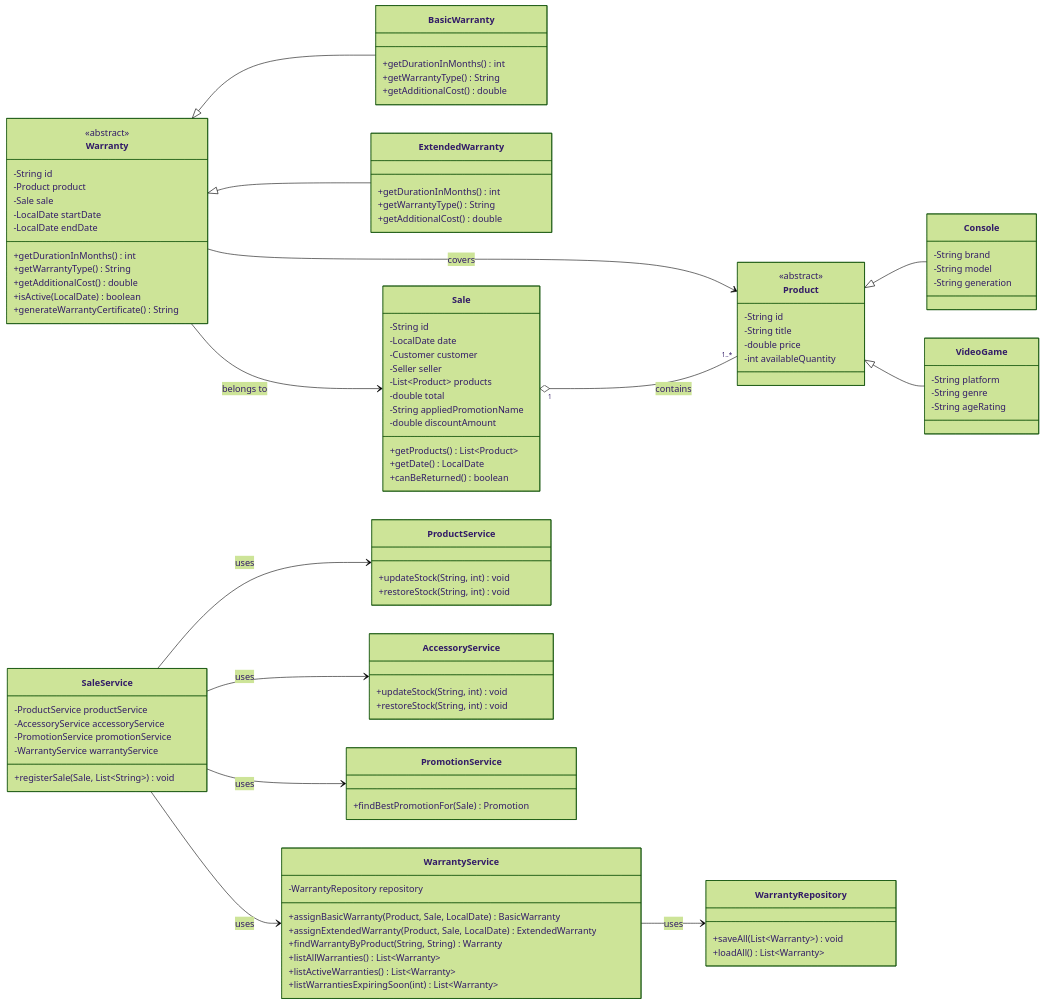
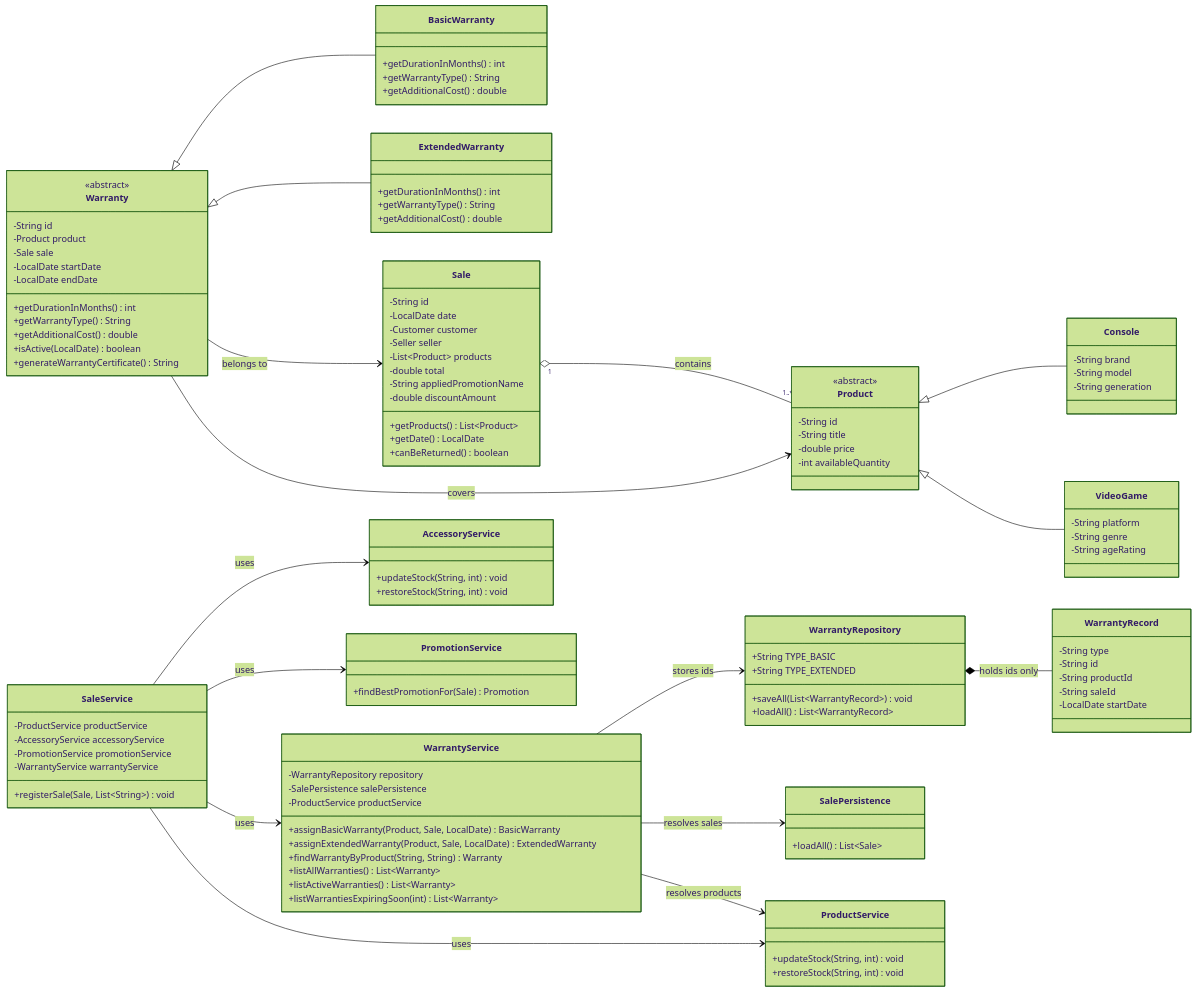
One commit to EsrauAnonimo/GameZoneUnicesar changed the diagram in docs/warranty-class-diagram.md. Above: the diagram before and after it, drawn with Mermaid (forest theme).

````diff
--- a/docs/warranty-class-diagram.md
+++ b/docs/warranty-class-diagram.md
@@ -63,12 +63,28 @@
     }
 
     class WarrantyRepository {
-        +saveAll(List~Warranty~) void
-        +loadAll() List~Warranty~
+        +String TYPE_BASIC
+        +String TYPE_EXTENDED
+        +saveAll(List~WarrantyRecord~) void
+        +loadAll() List~WarrantyRecord~
+    }
+
+    class WarrantyRecord {
+        -String type
+        -String id
+        -String productId
+        -String saleId
+        -LocalDate startDate
+    }
+
+    class SalePersistence {
+        +loadAll() List~Sale~
     }
 
     class WarrantyService {
         -WarrantyRepository repository
+        -SalePersistence salePersistence
+        -ProductService productService
         +assignBasicWarranty(Product, Sale, LocalDate) BasicWarranty
         +assignExtendedWarranty(Product, Sale, LocalDate) ExtendedWarranty
         +findWarrantyByProduct(String, String) Warranty
@@ -115,5 +131,8 @@
     SaleService --> PromotionService : uses
     SaleService --> WarrantyService : uses
 
-    WarrantyService --> WarrantyRepository : uses
+    WarrantyService --> WarrantyRepository : stores ids
+    WarrantyService --> SalePersistence : resolves sales
+    WarrantyService --> ProductService : resolves products
+    WarrantyRepository *-- WarrantyRecord : holds ids only
 ```
````
